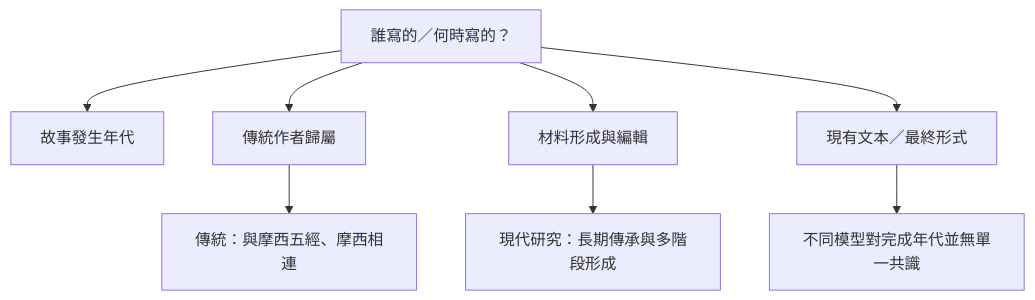
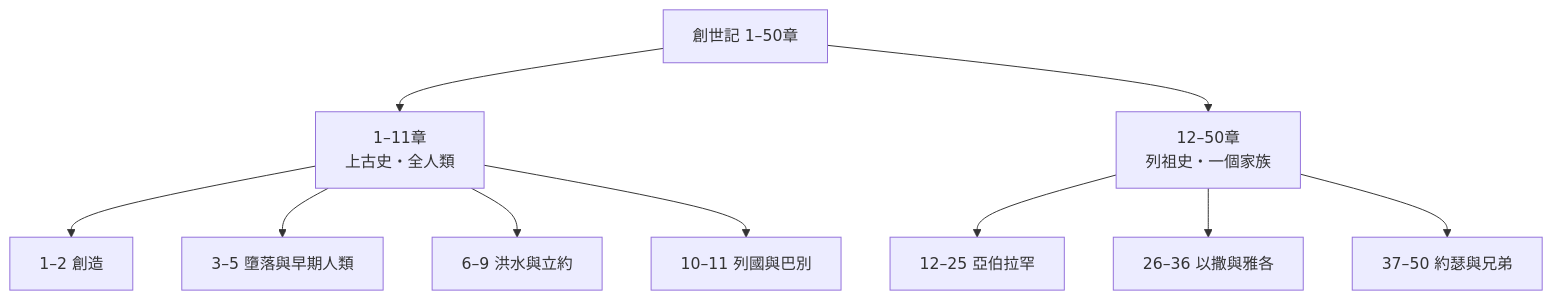
One commit to andyjr5566/Bible_wiki_zh changed the fifth of 5 diagrams in 01 創世記/Introduction.md. Above: the diagram before and after it, drawn with Mermaid. The commit also changed other lines of this file, not shown here.

````diff
--- a/01 創世記/Introduction.md
+++ b/01 創世記/Introduction.md
@@ -110,10 +225,12 @@
 ```mermaid
 flowchart TB
-  Q[誰寫的／何時寫的？] --> Q1[故事發生年代]
-  Q --> Q2[傳統作者歸屬]
-  Q --> Q3[材料形成與編輯]
-  Q --> Q4[現有文本／最終形式]
-  Q2 --> T[傳統：與摩西五經、摩西相連]
-  Q3 --> M[現代研究：長期傳承與多階段形成]
-  Q4 --> C[不同模型對完成年代並無單一共識]
+  G[創世記 1–50章] --> A[1–11章<br/>上古史・全人類]
+  G --> B[12–50章<br/>列祖史・一個家族]
+  A --> A1[1–2 創造]
+  A --> A2[3–5 墮落與早期人類]
+  A --> A3[6–9 洪水與立約]
+  A --> A4[10–11 列國與巴別]
+  B --> B1[12–25 亞伯拉罕]
+  B --> B2[26–36 以撒與雅各]
+  B --> B3[37–50 約瑟與兄弟]
 ```
````
